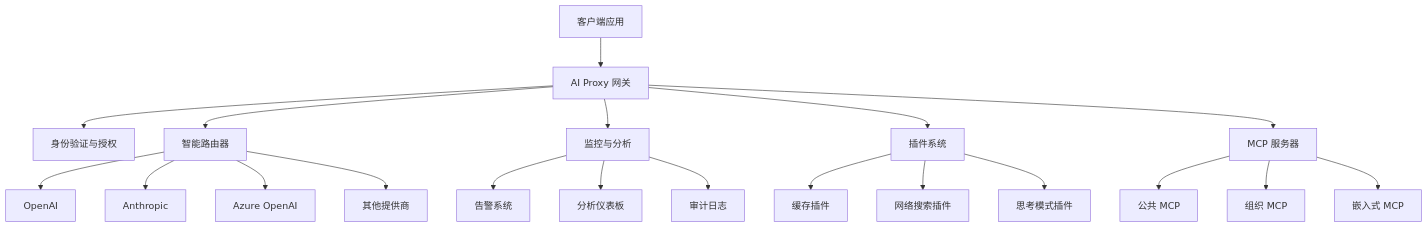
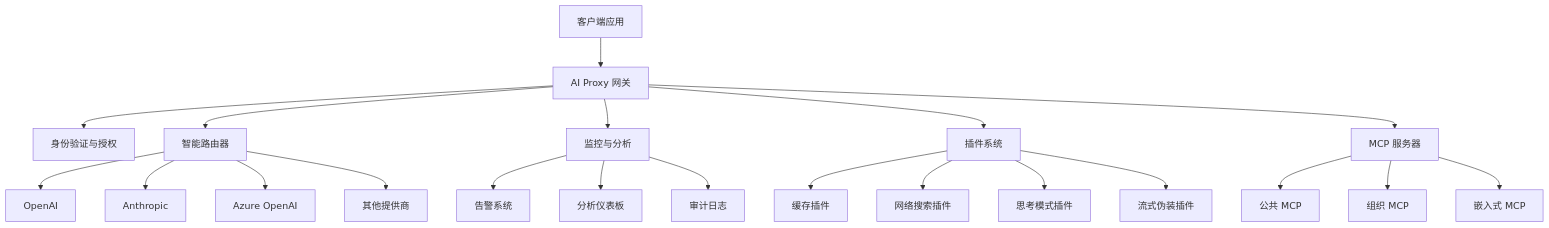
The diagram in README.zh.md (zijiren233/aiproxy), drawn with Mermaid before and after one commit. The commit also changed other lines of this file and 1 other file, not shown here.

Commit message:
feat: add stream fake readme

````diff
--- a/README.zh.md
+++ b/README.zh.md
@@ -71,26 +73,27 @@
 ```mermaid
 graph TB
     Client[客户端应用] --> Gateway[AI Proxy 网关]
     Gateway --> Auth[身份验证与授权]
     Gateway --> Router[智能路由器]
     Gateway --> Monitor[监控与分析]
     Gateway --> Plugins[插件系统]
     
     Plugins --> CachePlugin[缓存插件]
     Plugins --> SearchPlugin[网络搜索插件]
     Plugins --> ThinkSplitPlugin[思考模式插件]
+    Plugins --> StreamFakePlugin[流式伪装插件]
     
     Router --> Provider1[OpenAI]
     Router --> Provider2[Anthropic]
     Router --> Provider3[Azure OpenAI]
     Router --> ProviderN[其他提供商]
     
     Gateway --> MCP[MCP 服务器]
     MCP --> PublicMCP[公共 MCP]
     MCP --> GroupMCP[组织 MCP]
     MCP --> EmbedMCP[嵌入式 MCP]
     
     Monitor --> Alerts[告警系统]
     Monitor --> Analytics[分析仪表板]
     Monitor --> Logs[审计日志]
 ```
````
